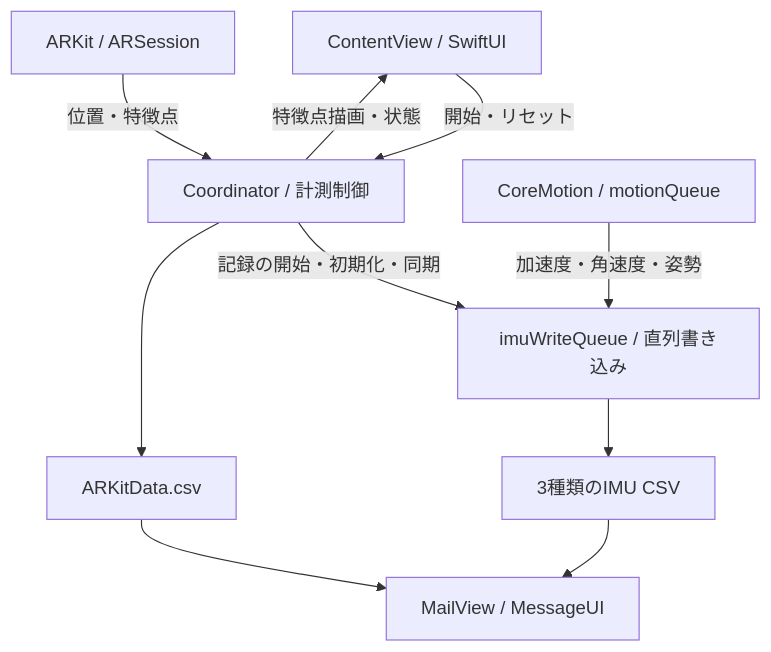
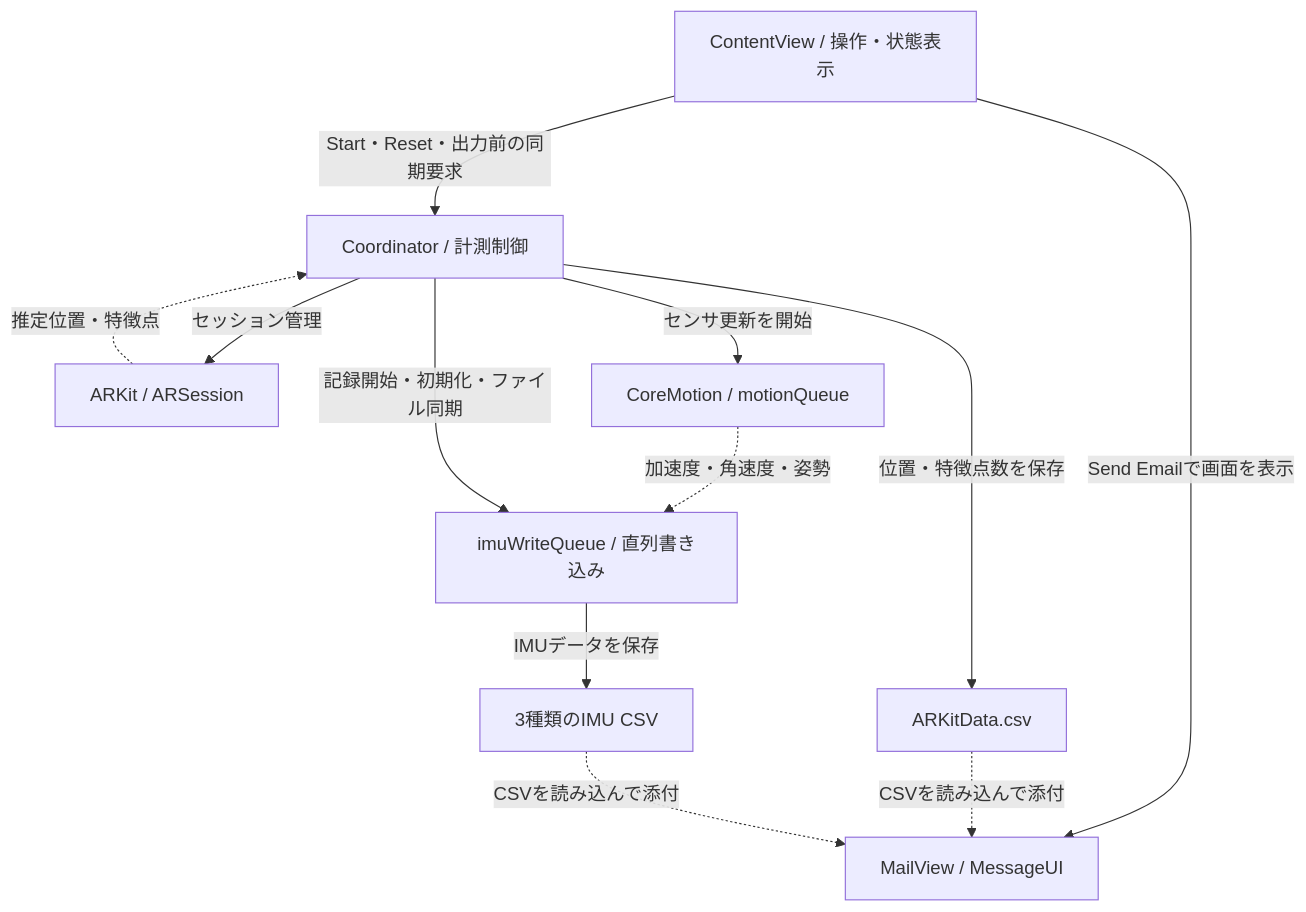
The diagram in README.md (ike-10969/ARKit-VIO-Evaluation), drawn with Mermaid before and after one commit. The commit also changed other lines of this file, not shown here.

Commit message:
Clarify UI control and CSV export architecture

````diff
--- a/README.md
+++ b/README.md
@@ -27,12 +29,23 @@
 ```mermaid
 flowchart TD
-    UI["ContentView / SwiftUI"] -->|開始・リセット| C["Coordinator / 計測制御"]
-    AR["ARKit / ARSession"] -->|位置・特徴点| C
-    CM["CoreMotion / motionQueue"] -->|加速度・角速度・姿勢| Q["imuWriteQueue / 直列書き込み"]
-    C -->|記録の開始・初期化・同期| Q
-    C --> A["ARKitData.csv"]
-    Q --> I["3種類のIMU CSV"]
-    A --> M["MailView / MessageUI"]
-    I --> M
-    C -->|特徴点描画・状態| UI
+    UI["ContentView / 操作・状態表示"]
+    C["Coordinator / 計測制御"]
+    AR["ARKit / ARSession"]
+    CM["CoreMotion / motionQueue"]
+    Q["imuWriteQueue / 直列書き込み"]
+    A["ARKitData.csv"]
+    I["3種類のIMU CSV"]
+    M["MailView / MessageUI"]
+
+    UI -->|Start・Reset・出力前の同期要求| C
+    UI -->|Send Emailで画面を表示| M
+    C -->|セッション管理| AR
+    AR -.->|推定位置・特徴点| C
+    C -->|センサ更新を開始| CM
+    CM -.->|加速度・角速度・姿勢| Q
+    C -->|記録開始・初期化・ファイル同期| Q
+    C -->|位置・特徴点数を保存| A
+    Q -->|IMUデータを保存| I
+    A -.->|CSVを読み込んで添付| M
+    I -.->|CSVを読み込んで添付| M
 ```
````
